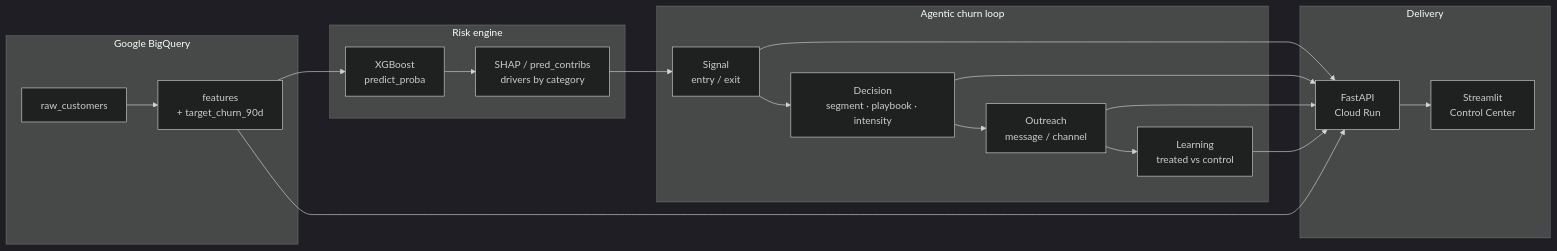
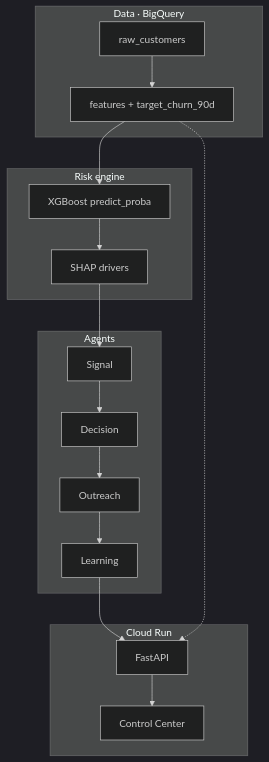
One commit to rasikakulkarni910/telco-6g-churn-loop changed the second of 2 diagrams in README.md. Above: the diagram before and after it, drawn with Mermaid (dark theme). The commit also changed other lines of this file, not shown here.

First line of the commit message:
Simplify architecture to SCORE → EXPLAIN → ACT → PROVE.

````diff
--- a/README.md
+++ b/README.md
@@ -60,33 +90,19 @@
 ```mermaid
-flowchart LR
-  subgraph Data["Google BigQuery"]
-    RAW["raw_customers"]
-    FEAT["features<br/>+ target_churn_90d"]
+flowchart TB
+  subgraph Data["Data · BigQuery"]
+    RAW["raw_customers"] --> FEAT["features + target_churn_90d"]
   end
-
-  subgraph Model["Risk engine"]
-    XGB["XGBoost<br/>predict_proba"]
-    SHAP["SHAP / pred_contribs<br/>drivers by category"]
+  subgraph Risk["Risk engine"]
+    XGB["XGBoost predict_proba"] --> SHAP["SHAP drivers"]
   end
-
-  subgraph Loop["Agentic churn loop"]
-    S["Signal<br/>entry / exit"]
-    D["Decision<br/>segment · playbook · intensity"]
-    O["Outreach<br/>message / channel"]
-    L["Learning<br/>treated vs control"]
+  subgraph Loop["Agents"]
+    SIG["Signal"] --> DEC["Decision"] --> OUT["Outreach"] --> LRN["Learning"]
   end
-
-  subgraph Surfaces["Delivery"]
-    API["FastAPI<br/>Cloud Run"]
-    UI["Streamlit<br/>Control Center"]
+  subgraph Ship["Cloud Run"]
+    API["FastAPI"] --> UI["Control Center"]
   end
-
-  RAW --> FEAT
   FEAT --> XGB
-  XGB --> SHAP
-  SHAP --> S
-  S --> D --> O --> L
-  S & D & O & L --> API
-  API --> UI
-  FEAT --> API
+  SHAP --> SIG
+  LRN --> API
+  FEAT -.-> API
 ```
````
